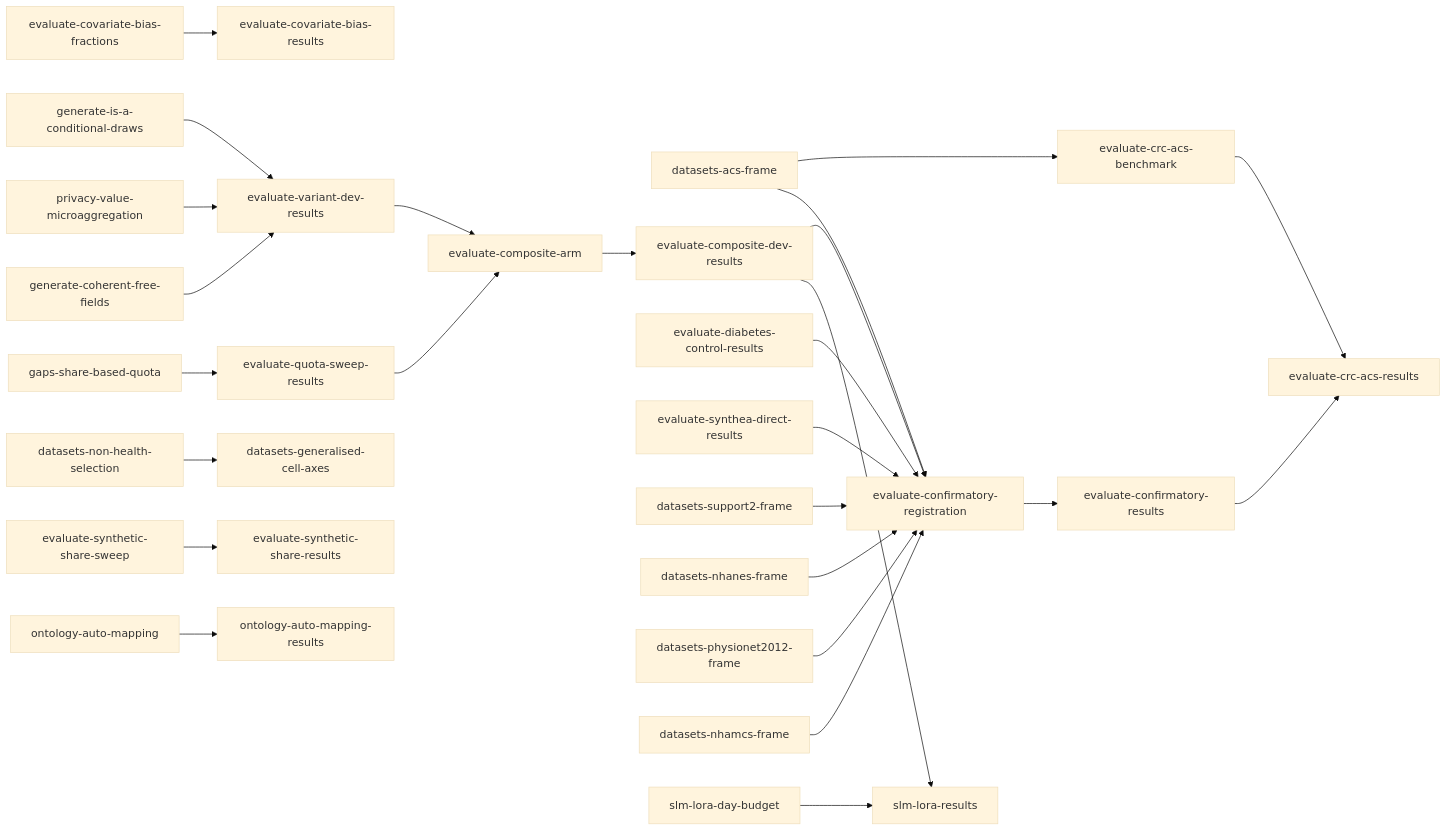
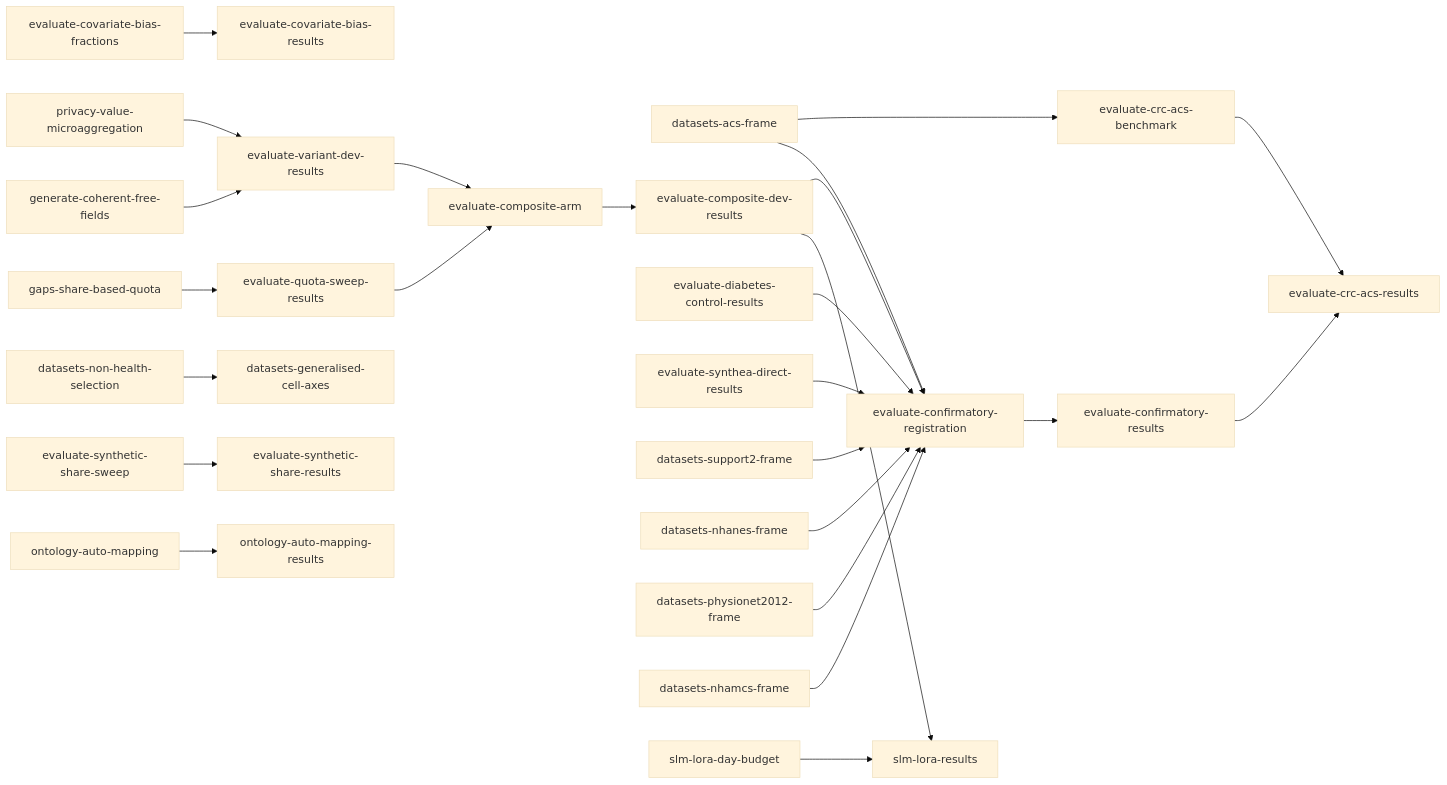
One commit to joe-dartmouth/synthetic changed the diagram in tasks/direct-index.md. Above: the diagram before and after it, drawn with Mermaid (base theme). The commit also changed other lines of this file and 30 other files, not shown here.

First line of the commit message:
Add conditional is_a draws: the bko-hier arms (#131)

````diff
--- a/tasks/direct-index.md
+++ b/tasks/direct-index.md
@@ -72,28 +71,27 @@
 ```mermaid
 flowchart LR
     u37[evaluate-covariate-bias-fractions] --> u38[evaluate-covariate-bias-results]
-    u11[generate-is-a-conditional-draws] --> u19[evaluate-variant-dev-results]
-    u16[privacy-value-microaggregation] --> u19
+    u16[privacy-value-microaggregation] --> u19[evaluate-variant-dev-results]
     u17[generate-coherent-free-fields] --> u19
     u20[gaps-share-based-quota] --> u21[evaluate-quota-sweep-results]
     u27[datasets-acs-frame] --> u41[evaluate-crc-acs-benchmark]
     u49[datasets-non-health-selection] --> u50[datasets-generalised-cell-axes]
     u19 --> u28[evaluate-composite-arm]
     u21 --> u28
     u28 --> u29[evaluate-composite-dev-results]
     u7[evaluate-diabetes-control-results] --> u30[evaluate-confirmatory-registration]
     u8[evaluate-synthea-direct-results] --> u30
     u45[evaluate-synthetic-share-sweep] --> u46[evaluate-synthetic-share-results]
     u25[datasets-support2-frame] --> u30
     u26[datasets-nhanes-frame] --> u30
     u27 --> u30
     u47[datasets-physionet2012-frame] --> u30
     u48[datasets-nhamcs-frame] --> u30
     u29 --> u30
     u30 --> u31[evaluate-confirmatory-results]
     u41 --> u42[evaluate-crc-acs-results]
     u31 --> u42
     u32[ontology-auto-mapping] --> u33[ontology-auto-mapping-results]
     u29 --> u36[slm-lora-results]
     u51[slm-lora-day-budget] --> u36
 ```
````
